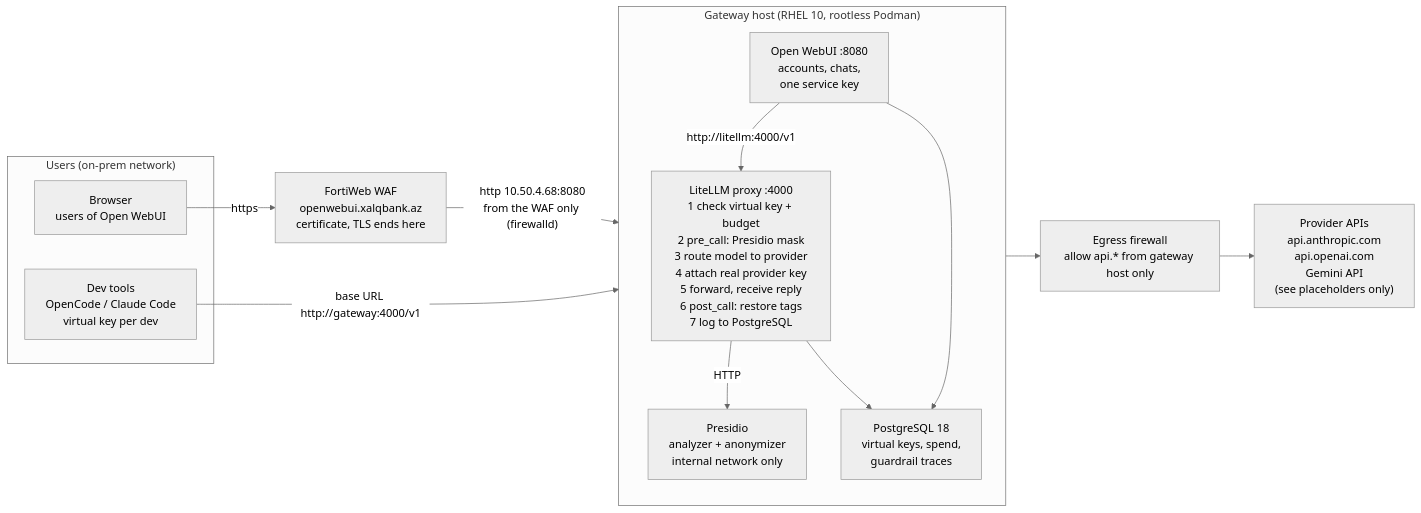
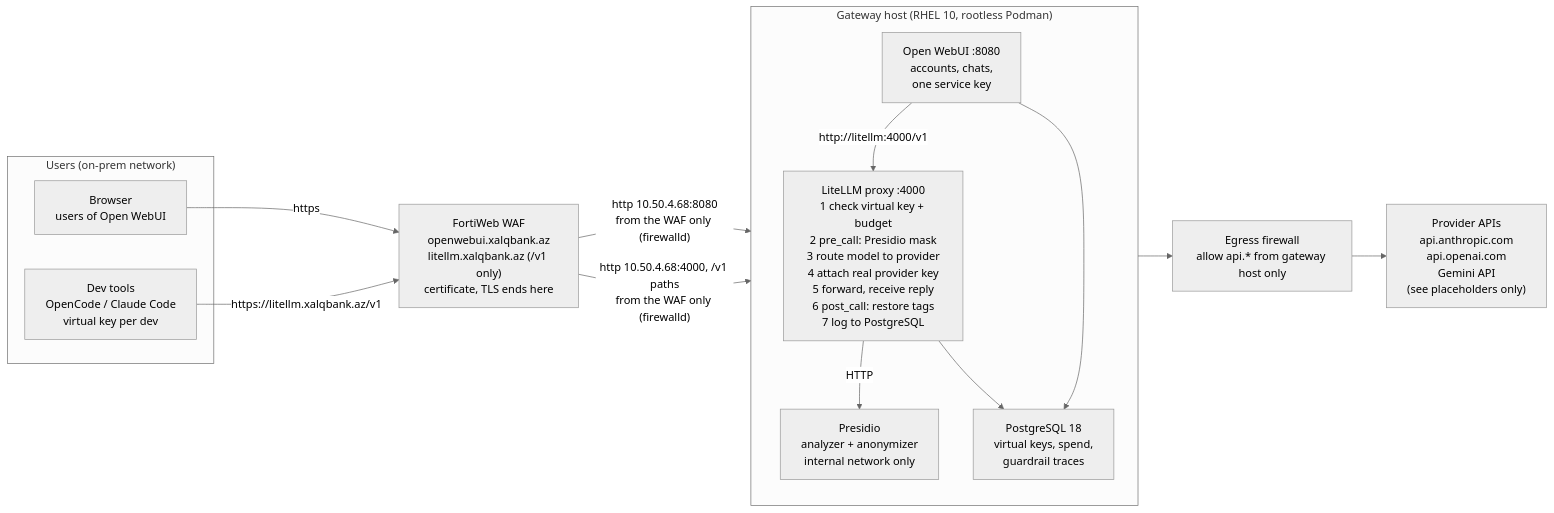
Before and after one commit to nafud/litellm: the diagram in README.md, drawn with Mermaid (neutral theme). The commit also changed other lines of this file and 5 other files, not shown here.

First line of the commit message:
Phase 9: litellm.xalqbank.az joins the WAF exposure (D-33 amendment)

````diff
--- a/README.md
+++ b/README.md
@@ -14,25 +14,26 @@
 ```mermaid
 flowchart LR
   subgraph clients["Users (on-prem network)"]
     ui["Browser<br/>users of Open WebUI"]
     dev["Dev tools<br/>OpenCode / Claude Code<br/>virtual key per dev"]
   end
   subgraph host["Gateway host (RHEL 10, rootless Podman)"]
     direction TB
     owui["Open WebUI :8080<br/>accounts, chats,<br/>one service key"]
     litellm["LiteLLM proxy :4000<br/>1 check virtual key + budget<br/>2 pre_call: Presidio mask<br/>3 route model to provider<br/>4 attach real provider key<br/>5 forward, receive reply<br/>6 post_call: restore tags<br/>7 log to PostgreSQL"]
     presidio["Presidio<br/>analyzer + anonymizer<br/>internal network only"]
     pg["PostgreSQL 18<br/>virtual keys, spend,<br/>guardrail traces"]
     litellm -- HTTP --> presidio
     litellm --> pg
     owui --> pg
     owui -- "http://litellm:4000/v1" --> litellm
   end
-  waf["FortiWeb WAF<br/>openwebui.xalqbank.az<br/>certificate, TLS ends here"]
+  waf["FortiWeb WAF<br/>openwebui.xalqbank.az<br/>litellm.xalqbank.az (/v1 only)<br/>certificate, TLS ends here"]
   fw["Egress firewall<br/>allow api.* from gateway host only"]
   prov["Provider APIs<br/>api.anthropic.com<br/>api.openai.com<br/>Gemini API<br/>(see placeholders only)"]
   ui -- "https" --> waf
   waf -- "http 10.50.4.68:8080<br/>from the WAF only (firewalld)" --> owui
-  dev -- "base URL http://gateway:4000/v1" --> litellm
+  dev -- "https://litellm.xalqbank.az/v1" --> waf
+  waf -- "http 10.50.4.68:4000, /v1 paths<br/>from the WAF only (firewalld)" --> litellm
   litellm --> fw --> prov
 ```
````
